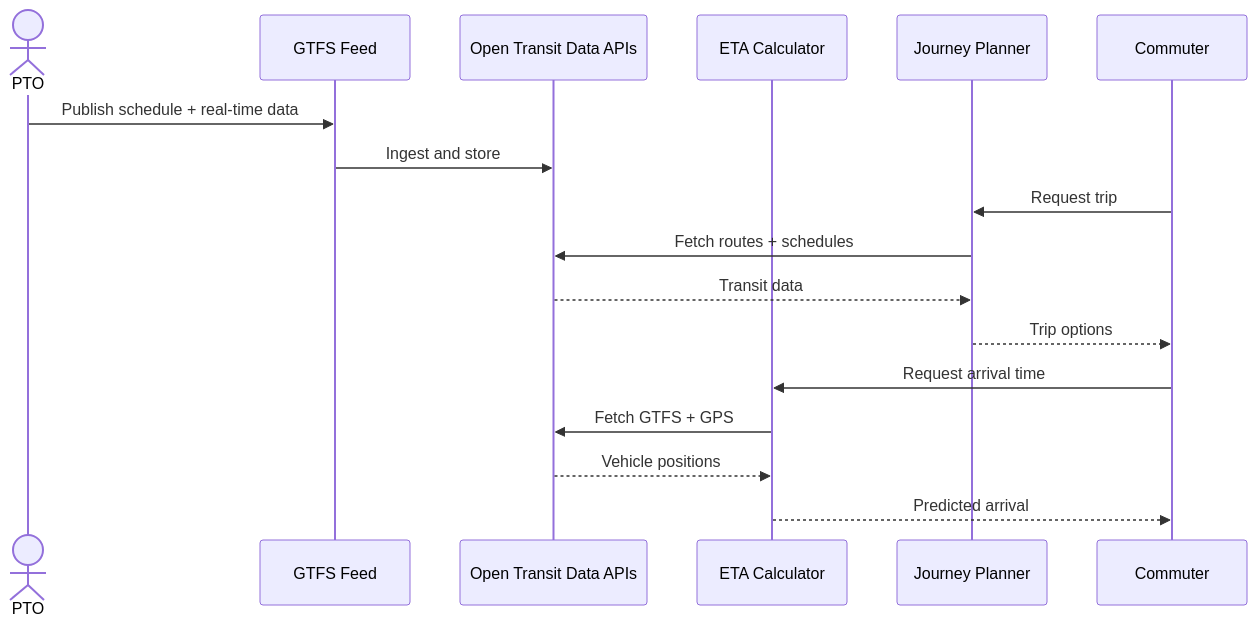
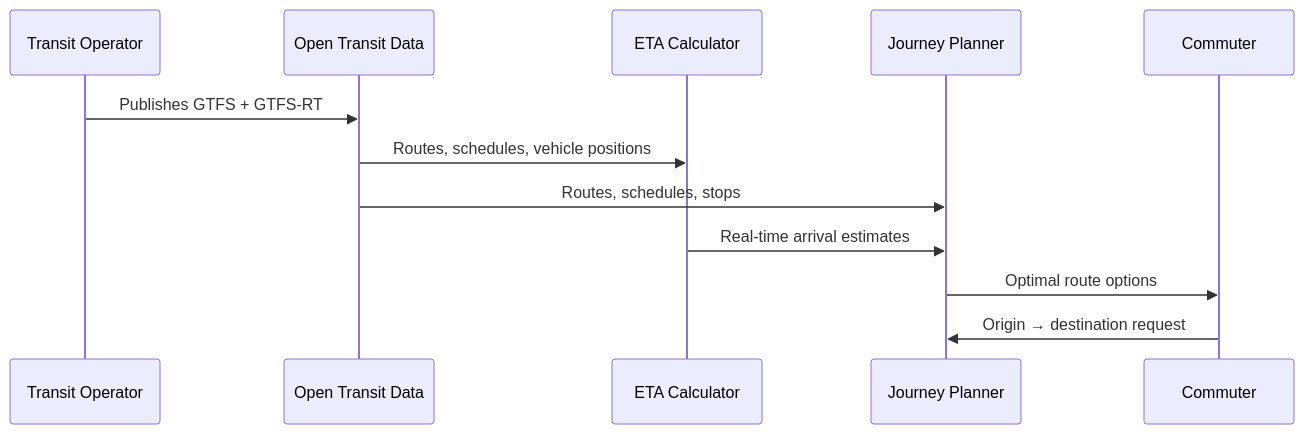
The third of 4 diagrams in docs/architecture/overview.md (transport-stack/wiki-transport-stack), drawn with Mermaid before and after one commit. The commit also changed other lines of this file and 2 other files, not shown here.

First line of the commit message:
feat: redesign architecture pages with MOSIP-inspired structure

````diff
--- a/docs/architecture/overview.md
+++ b/docs/architecture/overview.md
@@ -117,20 +159,15 @@
 ```mermaid
 sequenceDiagram
-    actor PTO as PTO
-    participant GTFS as GTFS Feed
-    participant OTD as Open Transit Data APIs
+    participant PTO as Transit Operator
+    participant OTD as Open Transit Data
     participant ETA as ETA Calculator
     participant JP as Journey Planner
-    participant USER as Commuter
+    participant C as Commuter
 
-    PTO->>GTFS: Publish schedule + real-time data
-    GTFS->>OTD: Ingest and store
-    USER->>JP: Request trip
-    JP->>OTD: Fetch routes + schedules
-    OTD-->>JP: Transit data
-    JP-->>USER: Trip options
-    USER->>ETA: Request arrival time
-    ETA->>OTD: Fetch GTFS + GPS
-    OTD-->>ETA: Vehicle positions
-    ETA-->>USER: Predicted arrival
+    PTO->>OTD: Publishes GTFS + GTFS-RT
+    OTD->>ETA: Routes, schedules, vehicle positions
+    OTD->>JP: Routes, schedules, stops
+    ETA->>JP: Real-time arrival estimates
+    JP->>C: Optimal route options
+    C->>JP: Origin → destination request
 ```
````
